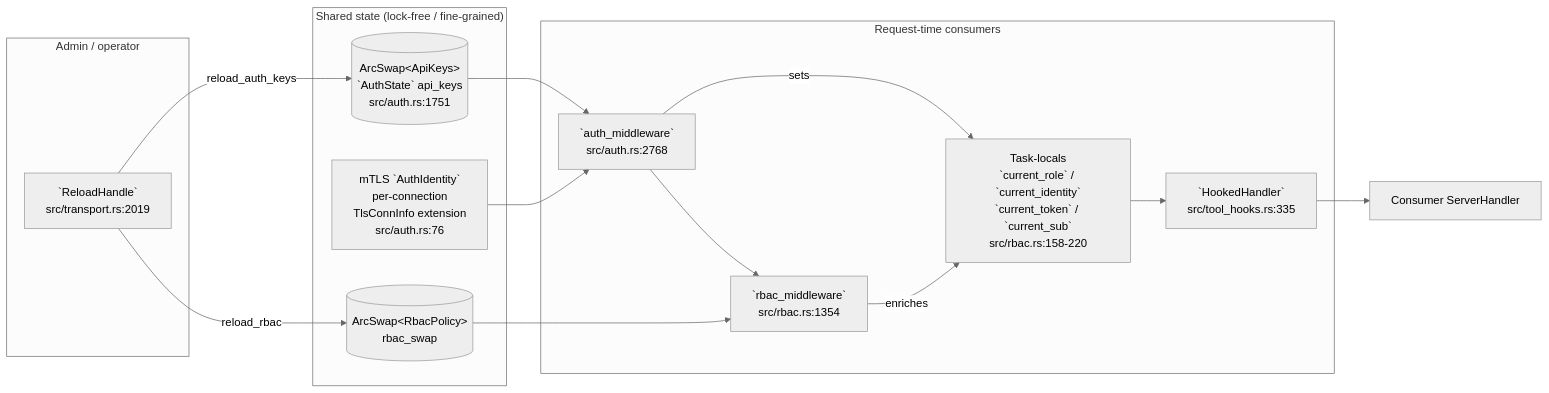
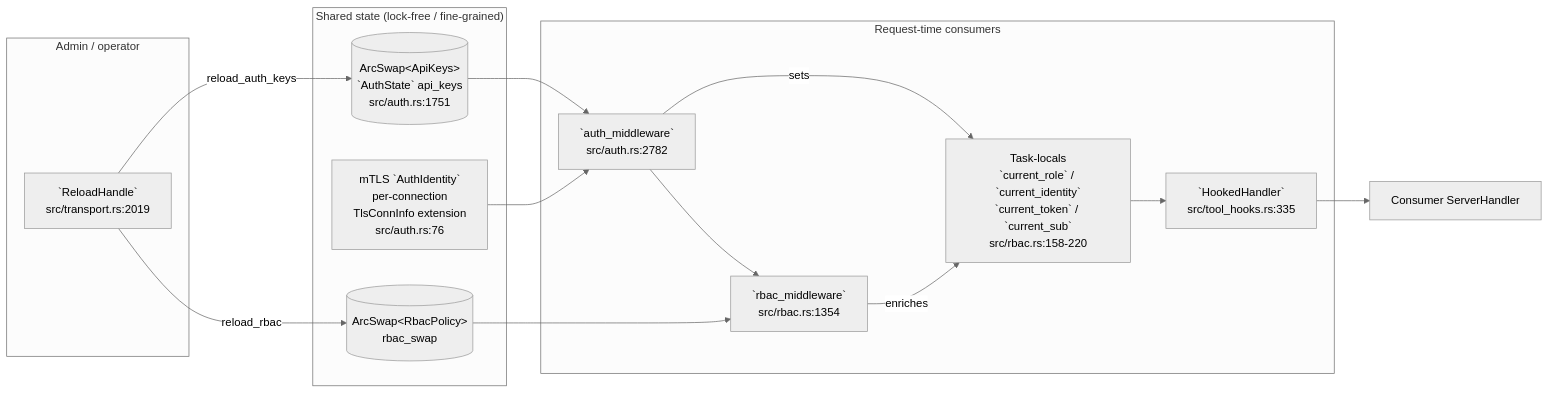
Before and after one commit to andrico21/rmcp-server-kit: the third of 4 diagrams in docs/MINDMAP.md, drawn with Mermaid (neutral theme). The commit also changed other lines of this file and 12 other files, not shown here.

````diff
--- a/docs/MINDMAP.md
+++ b/docs/MINDMAP.md
@@ -332,31 +332,31 @@
 ```mermaid
 flowchart LR
     subgraph Admin["Admin / operator"]
         RH[`ReloadHandle`<br/>src/transport.rs:2019]
     end
 
     subgraph SharedState["Shared state (lock-free / fine-grained)"]
         AKS[(ArcSwap&lt;ApiKeys&gt;<br/>`AuthState` api_keys<br/>src/auth.rs:1751)]
         RBS[(ArcSwap&lt;RbacPolicy&gt;<br/>rbac_swap)]
         MTL[mTLS `AuthIdentity`<br/>per-connection<br/>TlsConnInfo extension<br/>src/auth.rs:76]
     end
 
     subgraph Hot["Request-time consumers"]
-        AM[`auth_middleware`<br/>src/auth.rs:2768]
+        AM[`auth_middleware`<br/>src/auth.rs:2782]
         BM[`rbac_middleware`<br/>src/rbac.rs:1354]
         TL["Task-locals<br/>`current_role` / `current_identity`<br/>`current_token` / `current_sub`<br/>src/rbac.rs:158-220"]
         TH[`HookedHandler`<br/>src/tool_hooks.rs:335]
     end
 
     RH -- reload_auth_keys --> AKS
     RH -- reload_rbac --> RBS
 
     AKS --> AM
     MTL --> AM
     AM -- sets --> TL
     AM --> BM
     RBS --> BM
     BM -- enriches --> TL
     TL --> TH
     TH --> Consumer[Consumer ServerHandler]
 ```
````
